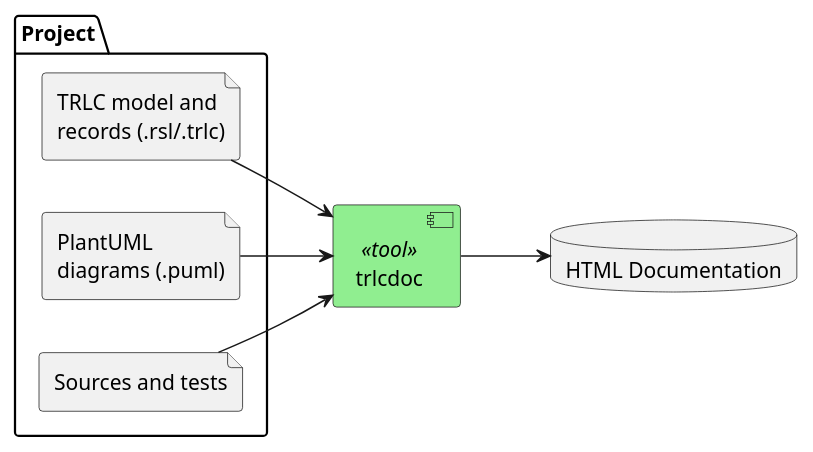
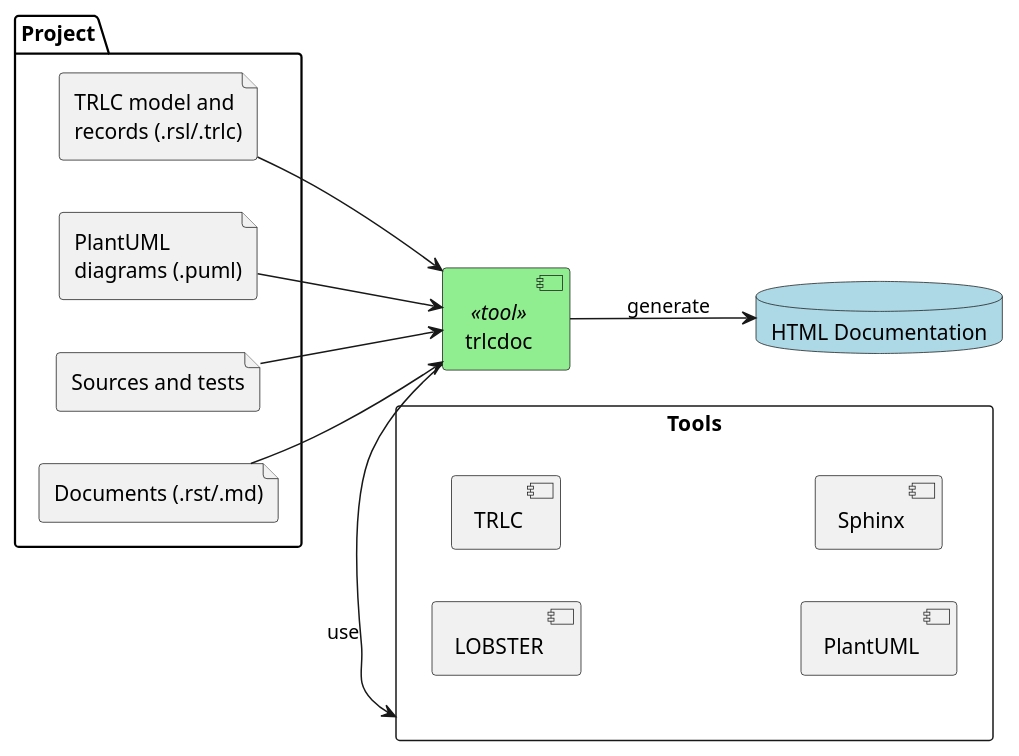
Before and after one commit to nhjschulz/trlc-doc: the diagram in trlc/swe-req/img/overview.puml, drawn with PlantUML. The commit also changed 24 other files, not shown here.

```diff
--- a/trlc/swe-req/img/overview.puml
+++ b/trlc/swe-req/img/overview.puml
@@ -1,26 +1,34 @@
 @startuml overview
 skinparam componentStyle uml2
 left to right direction
 
 
 package "Project" {
     file "TRLC model and\nrecords (.rsl/.trlc)" as trlc
     file "PlantUML\ndiagrams (.puml)" as puml
     file "Sources and tests" as src
+    file "Documents (.rst/.md)" as doc
 }
 
+rectangle "Tools" {
+    component "LOBSTER"
+    component "TRLC"
+    component "PlantUML"
+    component "Sphinx"
+}
 [trlcdoc] as trlcdoc <<tool>> #lightgreen
 
 
 
-Database "HTML Documentation" as out {
+Database "HTML Documentation" as out #lightblue {
 }
 
 
 trlc --> trlcdoc
 puml --> trlcdoc
 src --> trlcdoc
+doc --> trlcdoc
 
-
-trlcdoc --> out
+trlcdoc -l--> Tools :use
+trlcdoc --> out :generate
 @enduml
```
